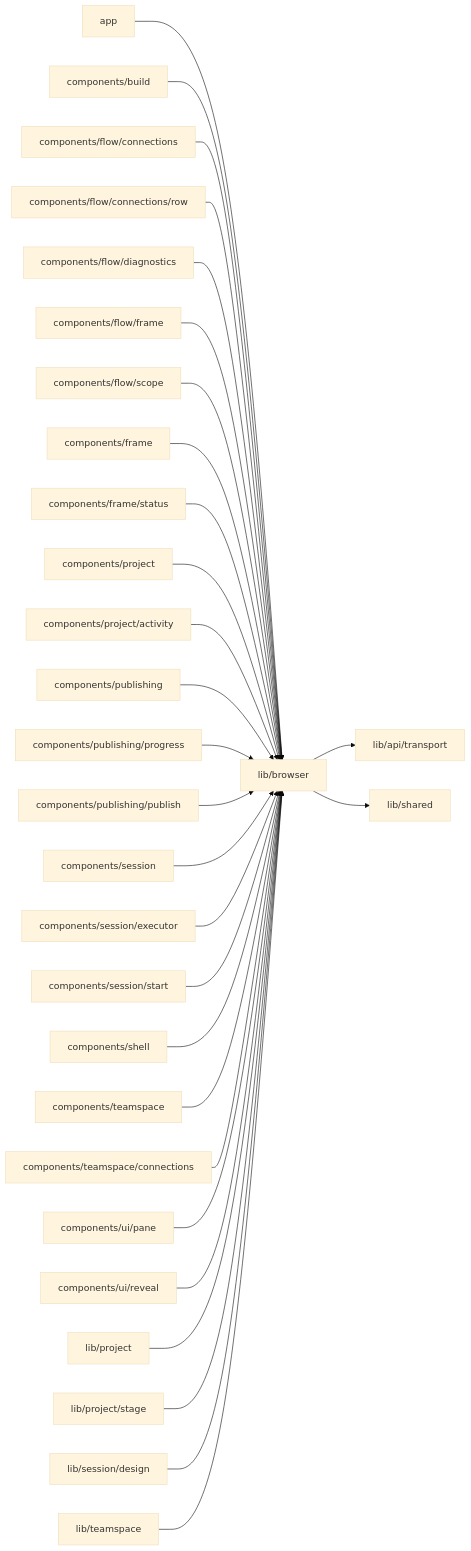
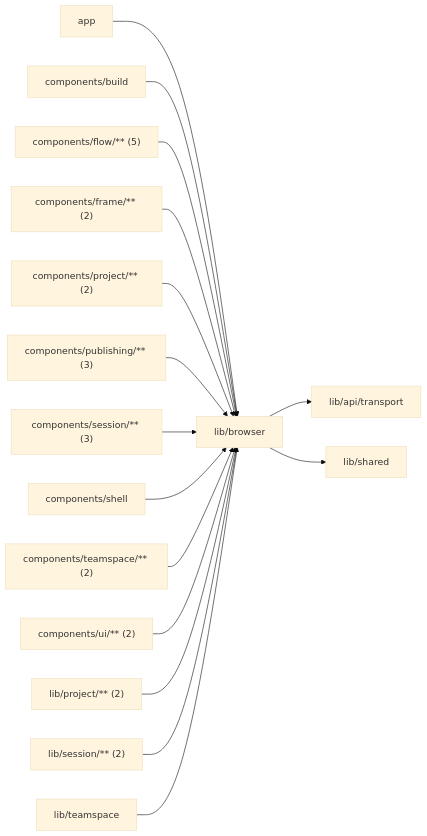
Before and after one commit to superdurable/superverse: the diagram in web/studio/lib/browser/README.md, drawn with Mermaid (base theme). The commit also changed other lines of this file and 259 other files, not shown here.

````diff
--- a/web/studio/lib/browser/README.md
+++ b/web/studio/lib/browser/README.md
@@ -10,32 +10,19 @@
 ```mermaid
 flowchart LR
   self["lib/browser"]
   c0["app"] --> self
   c1["components/build"] --> self
-  c2["components/flow/connections"] --> self
-  c3["components/flow/connections/row"] --> self
-  c4["components/flow/diagnostics"] --> self
-  c5["components/flow/frame"] --> self
-  c6["components/flow/scope"] --> self
-  c7["components/frame"] --> self
-  c8["components/frame/status"] --> self
-  c9["components/project"] --> self
-  c10["components/project/activity"] --> self
-  c11["components/publishing"] --> self
-  c12["components/publishing/progress"] --> self
-  c13["components/publishing/publish"] --> self
-  c14["components/session"] --> self
-  c15["components/session/executor"] --> self
-  c16["components/session/start"] --> self
-  c17["components/shell"] --> self
-  c18["components/teamspace"] --> self
-  c19["components/teamspace/connections"] --> self
-  c20["components/ui/pane"] --> self
-  c21["components/ui/reveal"] --> self
-  c22["lib/project"] --> self
-  c23["lib/project/stage"] --> self
-  c24["lib/session/design"] --> self
-  c25["lib/teamspace"] --> self
+  c2["components/flow/** (5)"] --> self
+  c3["components/frame/** (2)"] --> self
+  c4["components/project/** (2)"] --> self
+  c5["components/publishing/** (3)"] --> self
+  c6["components/session/** (3)"] --> self
+  c7["components/shell"] --> self
+  c8["components/teamspace/** (2)"] --> self
+  c9["components/ui/** (2)"] --> self
+  c10["lib/project/** (2)"] --> self
+  c11["lib/session/** (2)"] --> self
+  c12["lib/teamspace"] --> self
   self --> d0["lib/api/transport"]
   self --> d1["lib/shared"]
 ```
````
